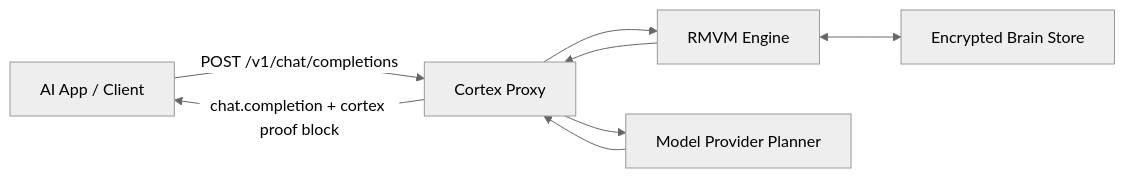
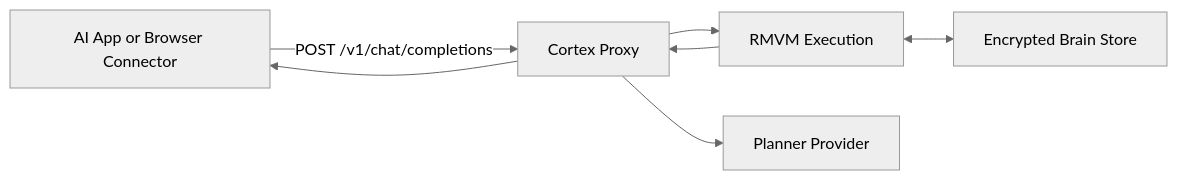
Before and after one commit to vinzify/Cortex-portable-brain: the diagram in README.md, drawn with Mermaid (neutral theme). The commit also changed other lines of this file and 9 other files, not shown here.

````diff
--- a/README.md
+++ b/README.md
@@ -81,10 +66,9 @@
 ```mermaid
 flowchart LR
-    A[AI App / Client] -->|POST /v1/chat/completions| B[Cortex Proxy]
-    B --> C[RMVM Engine]
+    A[AI App or Browser Connector] -->|POST /v1/chat/completions| B[Cortex Proxy]
+    B --> C[RMVM Execution]
     C <--> D[Encrypted Brain Store]
-    B --> E[Model Provider Planner]
-    E --> B
+    B --> E[Planner Provider]
     C --> B
-    B -->|chat.completion + cortex proof block| A
+    B --> A
 ```
````
